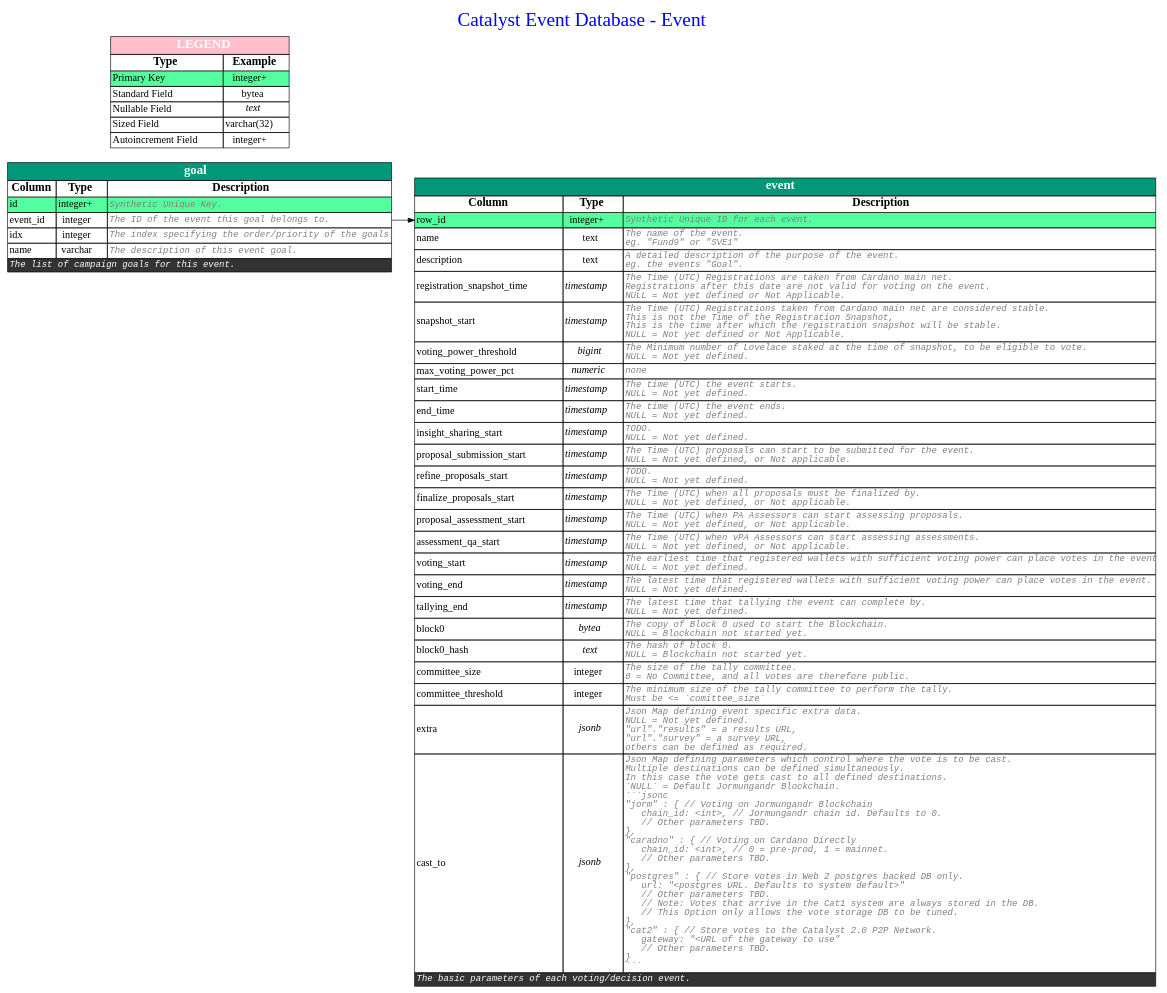
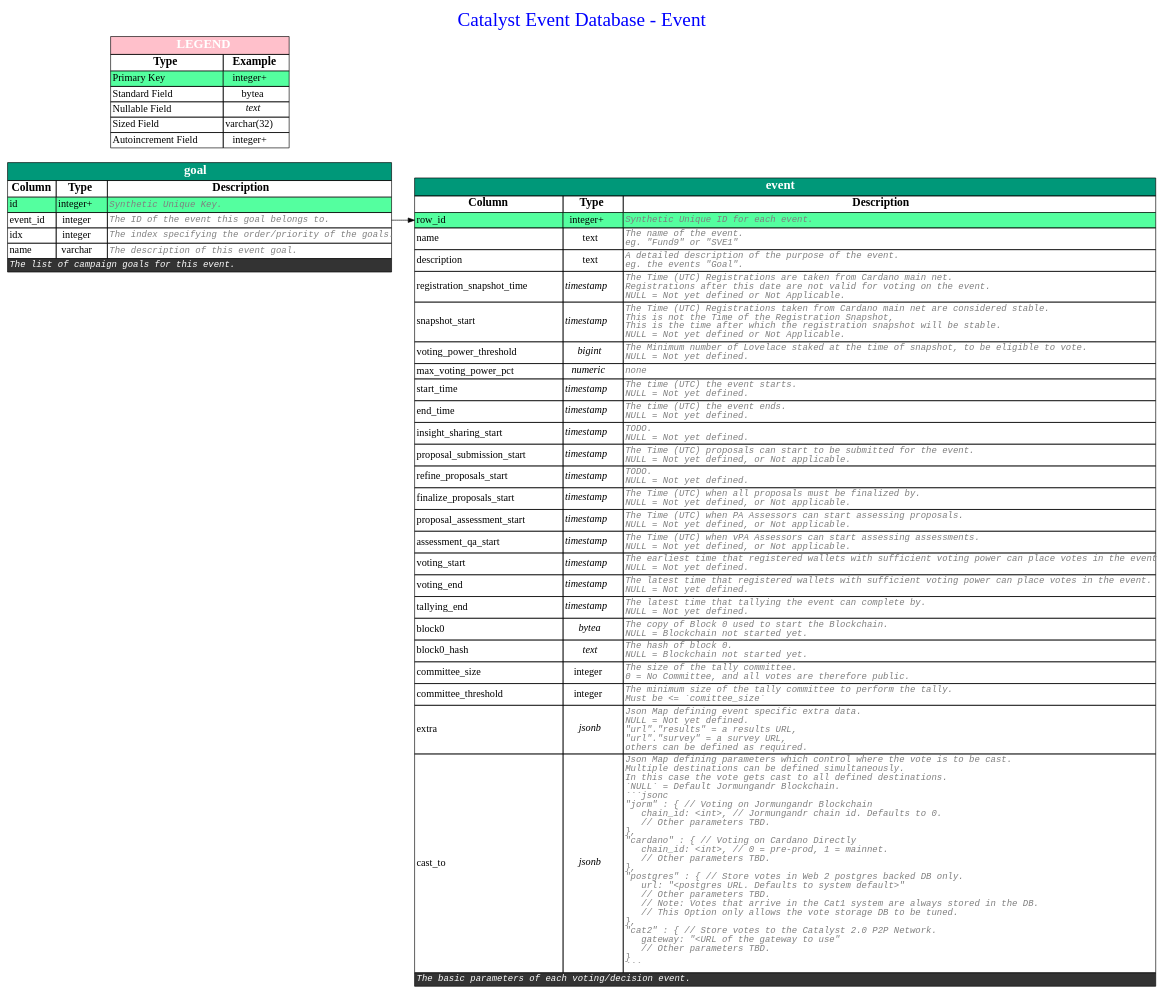
The diagram in deploy-voting-node/08_event-db/db-diagrams/event-db-event.dot (input-output-hk/catalyst-core), drawn with Graphviz before and after one commit. The commit also changed 57 other files, not shown here.

````diff
--- a/deploy-voting-node/08_event-db/db-diagrams/event-db-event.dot
+++ b/deploy-voting-node/08_event-db/db-diagrams/event-db-event.dot
@@ -175,7 +175,7 @@
             <tr>
                 <td port="cast_to"  align='text'><font>cast_to</font><br align='left'/></td>
                 <td   ><font><i>jsonb</i></font></td>
-                <td port="cast_to_out"  align='text'><font color='grey50' face='Monospace' point-size='14' ><i>Json Map defining parameters which control where the vote is to be cast.<br align='left'/>Multiple destinations can be defined simultaneously.<br align='left'/>In this case the vote gets cast to all defined destinations.<br align='left'/>`NULL` = Default Jormungandr Blockchain.<br align='left'/>```jsonc<br align='left'/>&quot;jorm&quot; : { &#x2f;&#x2f; Voting on Jormungandr Blockchain<br align='left'/>    chain_id: &lt;int&gt;, &#x2f;&#x2f; Jormungandr chain id. Defaults to 0.<br align='left'/>    &#x2f;&#x2f; Other parameters TBD.<br align='left'/>},<br align='left'/>&quot;caradno&quot; : { &#x2f;&#x2f; Voting on Cardano Directly<br align='left'/>    chain_id: &lt;int&gt;, &#x2f;&#x2f; 0 = pre-prod, 1 = mainnet.<br align='left'/>    &#x2f;&#x2f; Other parameters TBD.<br align='left'/>},<br align='left'/>&quot;postgres&quot; : { &#x2f;&#x2f; Store votes in Web 2 postgres backed DB only.<br align='left'/>    url: &quot;&lt;postgres URL. Defaults to system default&gt;&quot;<br align='left'/>    &#x2f;&#x2f; Other parameters TBD.<br align='left'/>    &#x2f;&#x2f; Note: Votes that arrive in the Cat1 system are always stored in the DB.<br align='left'/>    &#x2f;&#x2f; This Option only allows the vote storage DB to be tuned.<br align='left'/>},<br align='left'/>&quot;cat2&quot; : { &#x2f;&#x2f; Store votes to the Catalyst 2.0 P2P Network.<br align='left'/>    gateway: &quot;&lt;URL of the gateway to use&quot;<br align='left'/>    &#x2f;&#x2f; Other parameters TBD.<br align='left'/>}<br align='left'/>```</i><br align="left"/></font></td>
+                <td port="cast_to_out"  align='text'><font color='grey50' face='Monospace' point-size='14' ><i>Json Map defining parameters which control where the vote is to be cast.<br align='left'/>Multiple destinations can be defined simultaneously.<br align='left'/>In this case the vote gets cast to all defined destinations.<br align='left'/>`NULL` = Default Jormungandr Blockchain.<br align='left'/>```jsonc<br align='left'/>&quot;jorm&quot; : { &#x2f;&#x2f; Voting on Jormungandr Blockchain<br align='left'/>    chain_id: &lt;int&gt;, &#x2f;&#x2f; Jormungandr chain id. Defaults to 0.<br align='left'/>    &#x2f;&#x2f; Other parameters TBD.<br align='left'/>},<br align='left'/>&quot;cardano&quot; : { &#x2f;&#x2f; Voting on Cardano Directly<br align='left'/>    chain_id: &lt;int&gt;, &#x2f;&#x2f; 0 = pre-prod, 1 = mainnet.<br align='left'/>    &#x2f;&#x2f; Other parameters TBD.<br align='left'/>},<br align='left'/>&quot;postgres&quot; : { &#x2f;&#x2f; Store votes in Web 2 postgres backed DB only.<br align='left'/>    url: &quot;&lt;postgres URL. Defaults to system default&gt;&quot;<br align='left'/>    &#x2f;&#x2f; Other parameters TBD.<br align='left'/>    &#x2f;&#x2f; Note: Votes that arrive in the Cat1 system are always stored in the DB.<br align='left'/>    &#x2f;&#x2f; This Option only allows the vote storage DB to be tuned.<br align='left'/>},<br align='left'/>&quot;cat2&quot; : { &#x2f;&#x2f; Store votes to the Catalyst 2.0 P2P Network.<br align='left'/>    gateway: &quot;&lt;URL of the gateway to use&quot;<br align='left'/>    &#x2f;&#x2f; Other parameters TBD.<br align='left'/>}<br align='left'/>```</i><br align="left"/></font></td>
             </tr>
             
 
````
